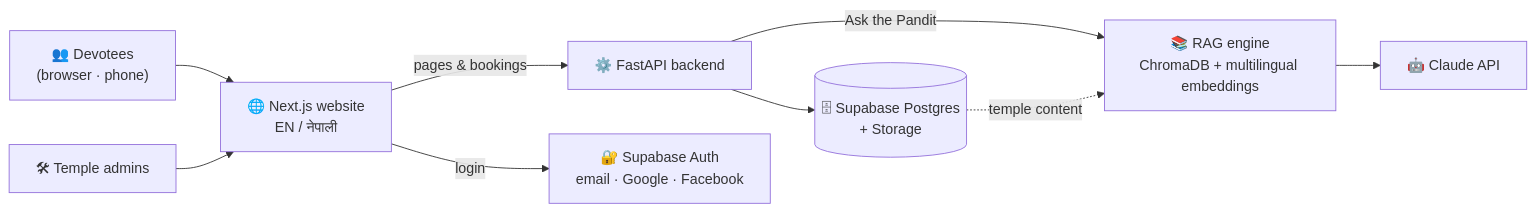
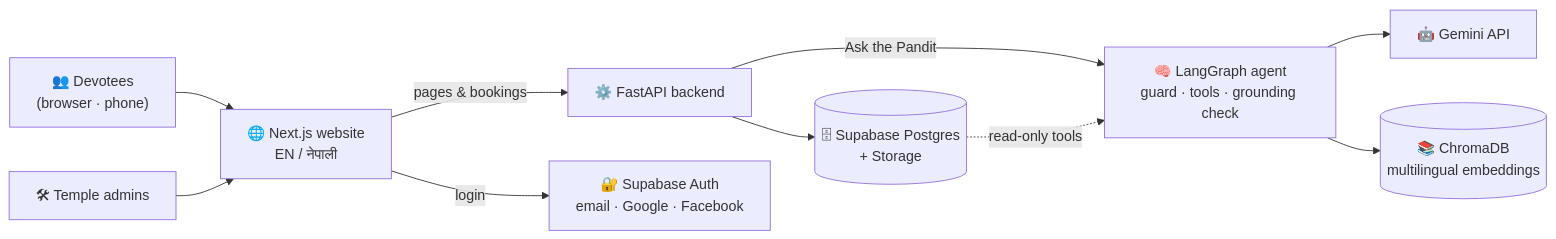
One commit to Edgezone-commits/temple-platform changed the diagram in README.md. Above: the diagram before and after it, drawn with Mermaid. The commit also changed other lines of this file and 6 other files, not shown here.

````diff
--- a/README.md
+++ b/README.md
@@ -82,11 +82,12 @@
 ```mermaid
 flowchart LR
     V["👥 Devotees<br/>(browser · phone)"] --> FE["🌐 Next.js website<br/>EN / नेपाली"]
     A["🛠 Temple admins"] --> FE
     FE -- "pages & bookings" --> BE["⚙️ FastAPI backend"]
     FE -- "login" --> AUTH["🔐 Supabase Auth<br/>email · Google · Facebook"]
     BE --> DB[("🗄 Supabase Postgres<br/>+ Storage")]
-    BE -- "Ask the Pandit" --> RAG["📚 RAG engine<br/>ChromaDB + multilingual embeddings"]
-    RAG --> CL["🤖 Claude API"]
-    DB -. "temple content" .-> RAG
+    BE -- "Ask the Pandit" --> RAG["🧠 LangGraph agent<br/>guard · tools · grounding check"]
+    RAG --> CL["🤖 Gemini API"]
+    RAG --> KB[("📚 ChromaDB<br/>multilingual embeddings")]
+    DB -. "read-only tools" .-> RAG
 ```
````
